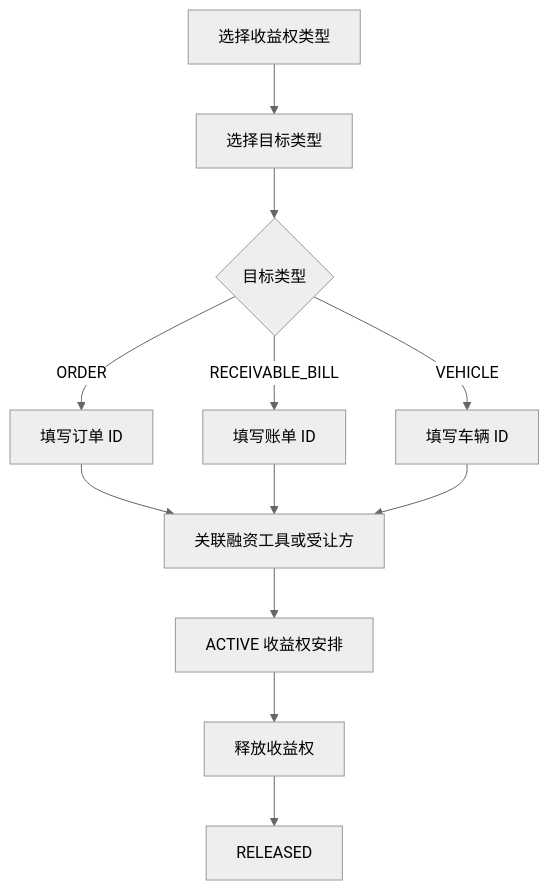
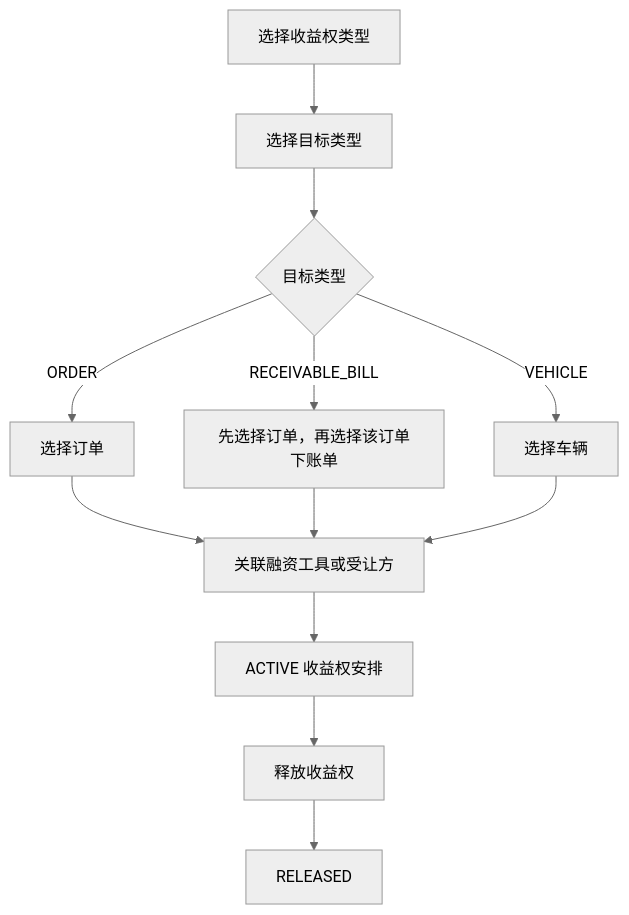
One commit to keqi119/subscription-Saas changed the fourth of 5 diagrams in docs/capital-structure-revenue-rights-user-guide.md. Above: the diagram before and after it, drawn with Mermaid (neutral theme). The commit also changed other lines of this file and 1 other file, not shown here.

````diff
--- a/docs/capital-structure-revenue-rights-user-guide.md
+++ b/docs/capital-structure-revenue-rights-user-guide.md
@@ -184,14 +185,14 @@
 ```mermaid
 flowchart TD
   A["选择收益权类型"] --> B["选择目标类型"]
   B --> C{"目标类型"}
-  C -->|ORDER| D["填写订单 ID"]
-  C -->|RECEIVABLE_BILL| E["填写账单 ID"]
-  C -->|VEHICLE| F["填写车辆 ID"]
+  C -->|ORDER| D["选择订单"]
+  C -->|RECEIVABLE_BILL| E["先选择订单，再选择该订单下账单"]
+  C -->|VEHICLE| F["选择车辆"]
   D --> G["关联融资工具或受让方"]
   E --> G
   F --> G
   G --> H["ACTIVE 收益权安排"]
   H --> I["释放收益权"]
   I --> J["RELEASED"]
 ```
````
